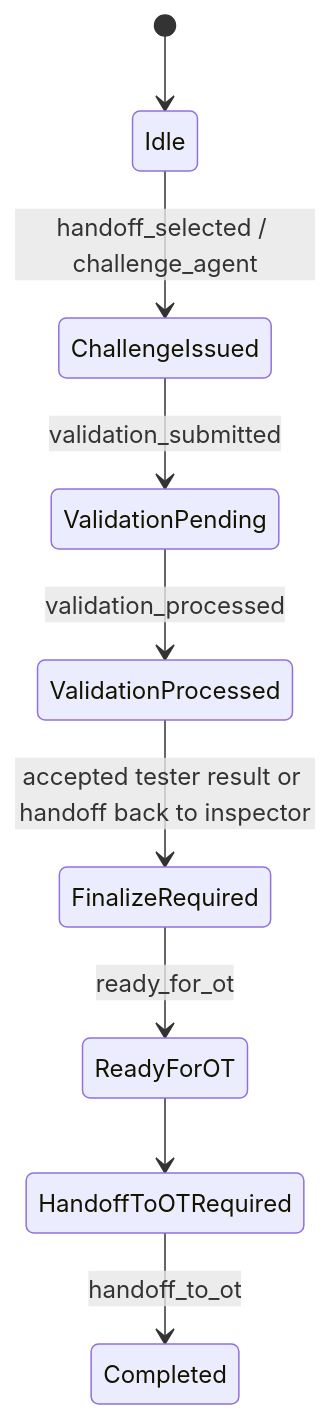
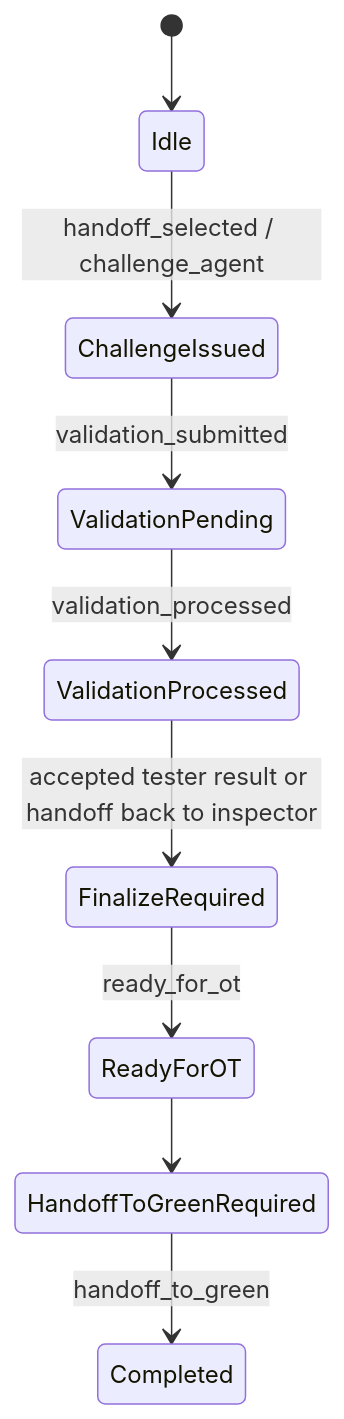
One commit to hyper-light/sylk changed the second of 5 diagrams in docs/DURABLE_PROTOCOLS.md. Above: the diagram before and after it, drawn with Mermaid. The commit also changed other lines of this file and 181 other files, not shown here.

````diff
--- a/docs/DURABLE_PROTOCOLS.md
+++ b/docs/DURABLE_PROTOCOLS.md
@@ -210,11 +210,11 @@
 ```mermaid
 stateDiagram-v2
     [*] --> Idle
     Idle --> ChallengeIssued: handoff_selected / challenge_agent
     ChallengeIssued --> ValidationPending: validation_submitted
     ValidationPending --> ValidationProcessed: validation_processed
     ValidationProcessed --> FinalizeRequired: accepted tester result or handoff back to inspector
     FinalizeRequired --> ReadyForOT: ready_for_ot
-    ReadyForOT --> HandoffToOTRequired
-    HandoffToOTRequired --> Completed: handoff_to_ot
+    ReadyForOT --> HandoffToGreenRequired
+    HandoffToGreenRequired --> Completed: handoff_to_green
 ```
````
